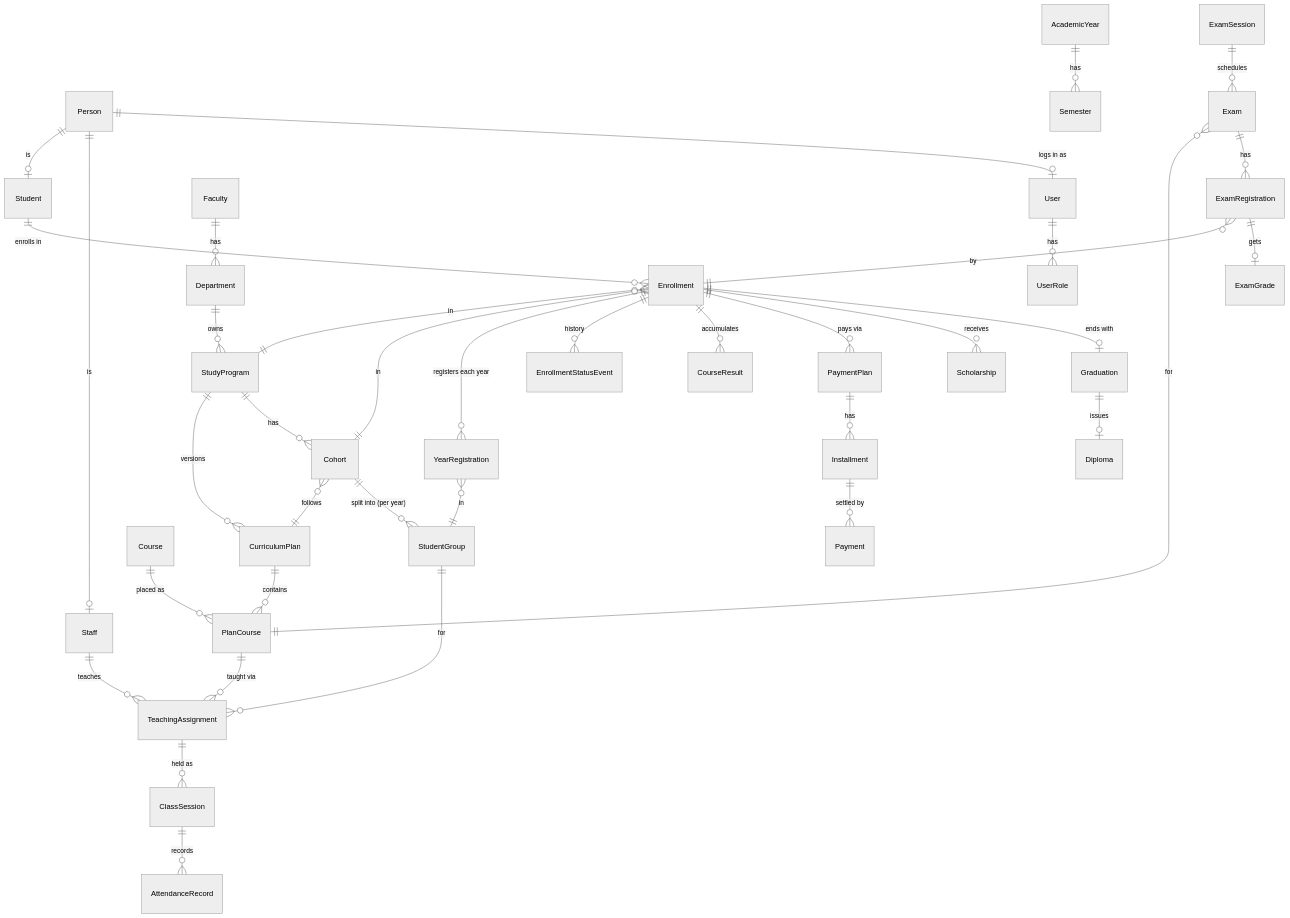
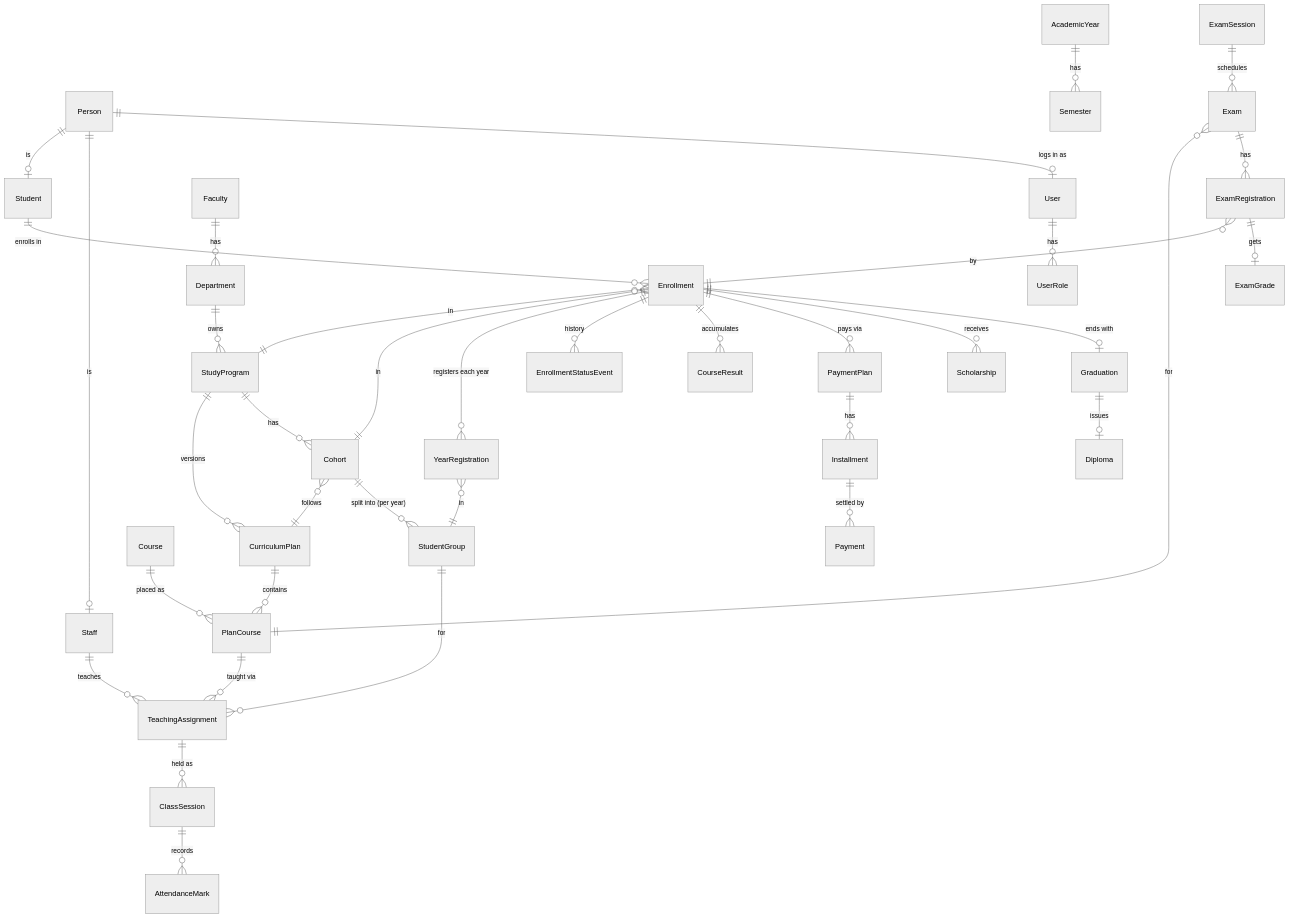
Before and after one commit to ariolsollaku1/sekretaria-dixhitale: the diagram in docs/02-architecture/domain-model.md, drawn with Mermaid (neutral theme). The commit also changed other lines of this file and 3 other files, not shown here.

````diff
--- a/docs/02-architecture/domain-model.md
+++ b/docs/02-architecture/domain-model.md
@@ -28,46 +28,46 @@
 ```mermaid
 erDiagram
   Person ||--o| Student : "is"
   Person ||--o| Staff : "is"
   Person ||--o| User : "logs in as"
   User ||--o{ UserRole : has
 
   Faculty ||--o{ Department : has
   Department ||--o{ StudyProgram : owns
   StudyProgram ||--o{ CurriculumPlan : "versions"
   StudyProgram ||--o{ Cohort : has
   CurriculumPlan ||--o{ PlanCourse : contains
   Course ||--o{ PlanCourse : "placed as"
   Cohort }o--|| CurriculumPlan : follows
   Cohort ||--o{ StudentGroup : "split into (per year)"
   AcademicYear ||--o{ Semester : has
 
   Student ||--o{ Enrollment : "enrolls in"
   Enrollment }o--|| StudyProgram : in
   Enrollment }o--|| Cohort : in
   Enrollment ||--o{ YearRegistration : "registers each year"
   YearRegistration }o--|| StudentGroup : in
   Enrollment ||--o{ EnrollmentStatusEvent : history
 
   PlanCourse ||--o{ TeachingAssignment : "taught via"
   Staff ||--o{ TeachingAssignment : teaches
   StudentGroup ||--o{ TeachingAssignment : for
 
   TeachingAssignment ||--o{ ClassSession : "held as"
-  ClassSession ||--o{ AttendanceRecord : records
+  ClassSession ||--o{ AttendanceMark : records
 
   ExamSession ||--o{ Exam : schedules
   Exam }o--|| PlanCourse : for
   Exam ||--o{ ExamRegistration : has
   ExamRegistration }o--|| Enrollment : by
   ExamRegistration ||--o| ExamGrade : gets
   Enrollment ||--o{ CourseResult : "accumulates"
 
   Enrollment ||--o{ PaymentPlan : "pays via"
   PaymentPlan ||--o{ Installment : has
   Installment ||--o{ Payment : "settled by"
   Enrollment ||--o{ Scholarship : receives
 
   Enrollment ||--o| Graduation : "ends with"
   Graduation ||--o| Diploma : issues
 ```
````
